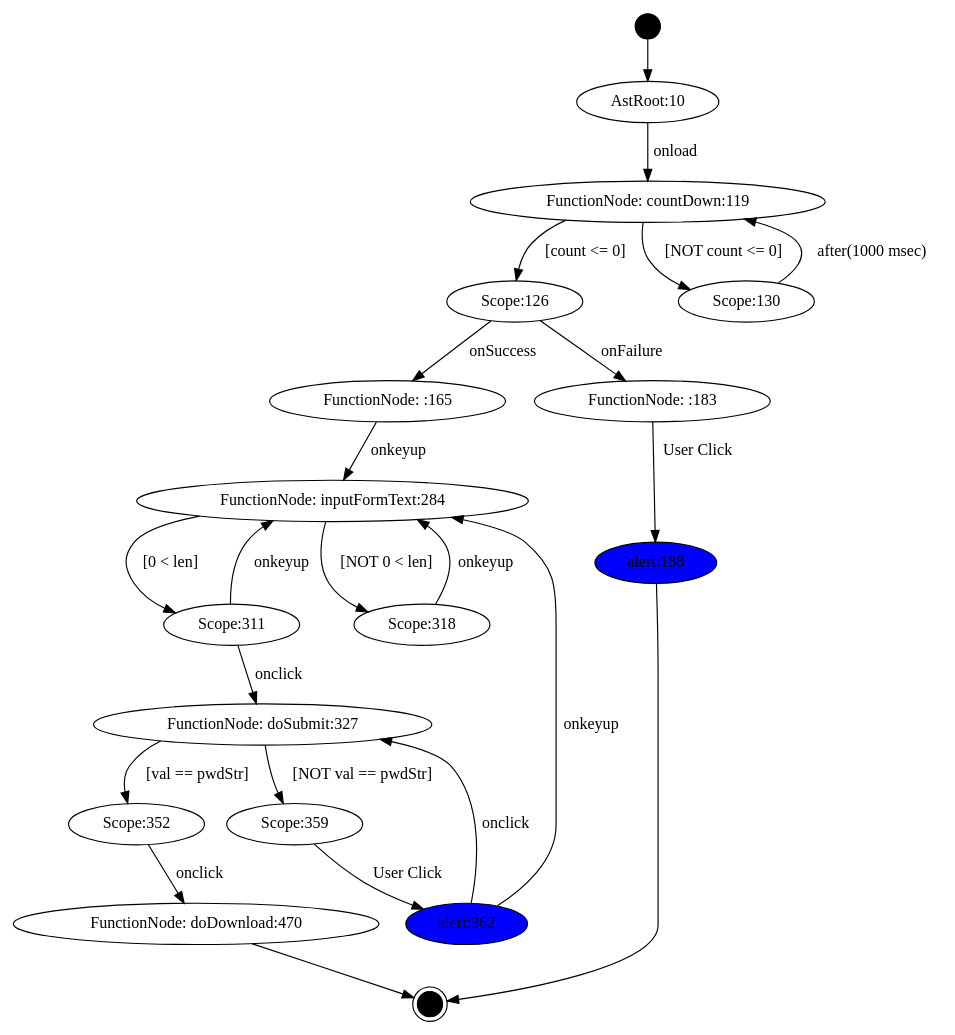
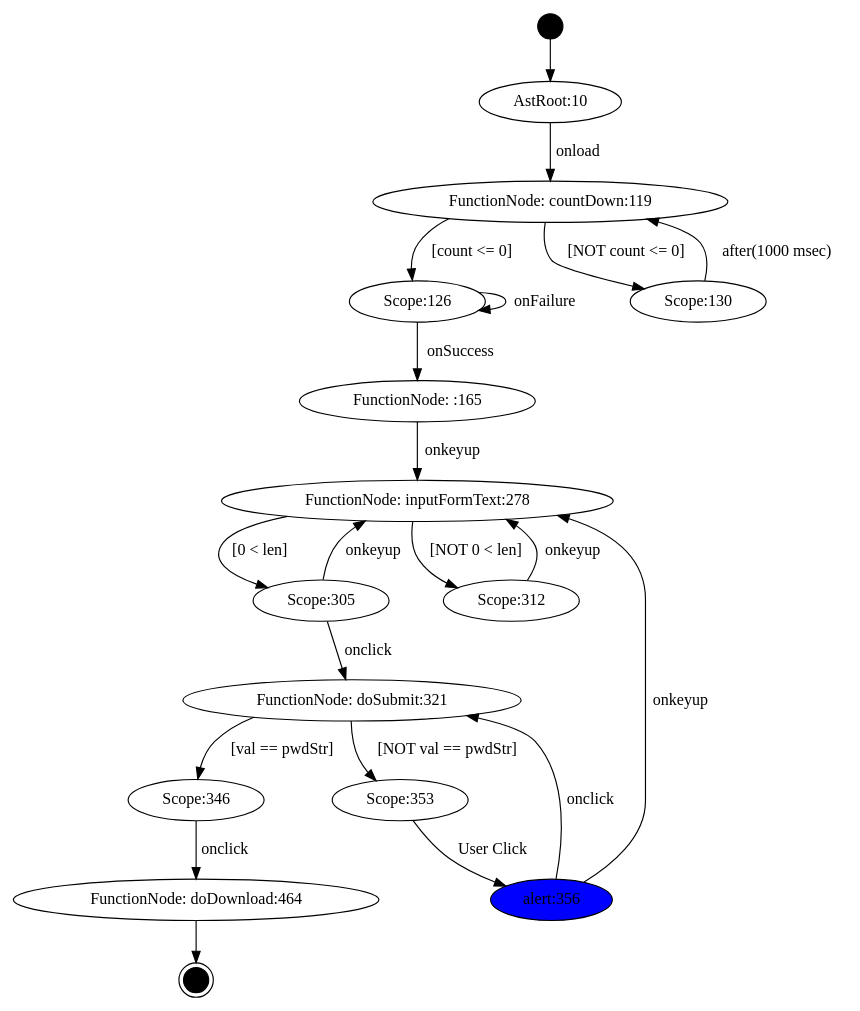
One commit to mzw/JSAnalyzer changed the diagram in projects/test2/model/fsm.dot. Above: the diagram before and after it, drawn with Graphviz. The commit also changed 29 other files, not shown here.

```diff
--- a/projects/test2/model/fsm.dot
+++ b/projects/test2/model/fsm.dot
@@ -1,41 +1,37 @@
 digraph FSM {
-JSAnalyzer_0000002025[label="",shape=circle,style=filled,color=black,fixedsize=true,width=0.3];
-JSAnalyzer_0000002027[label="",shape=doublecircle,style=filled,color=black,fixedsize=true,width=0.3];
+JSAnalyzer_0000002000[label="",shape=circle,style=filled,color=black,fixedsize=true,width=0.3];
+JSAnalyzer_0000002002[label="",shape=doublecircle,style=filled,color=black,fixedsize=true,width=0.3];
 JSAnalyzer_0000000010[label="AstRoot:10"];
 JSAnalyzer_0000000119[label="FunctionNode: countDown:119"];
 JSAnalyzer_0000000126[label="Scope:126"];
 JSAnalyzer_0000000130[label="Scope:130"];
 JSAnalyzer_0000000165[label="FunctionNode: :165"];
-JSAnalyzer_0000000183[label="FunctionNode: :183"];
-JSAnalyzer_0000000284[label="FunctionNode: inputFormText:284"];
-JSAnalyzer_0000000311[label="Scope:311"];
-JSAnalyzer_0000000318[label="Scope:318"];
-JSAnalyzer_0000000327[label="FunctionNode: doSubmit:327"];
-JSAnalyzer_0000000352[label="Scope:352"];
-JSAnalyzer_0000000359[label="Scope:359"];
-JSAnalyzer_0000000470[label="FunctionNode: doDownload:470"];
-JSAnalyzer_0000000188[label="alert:188", style="filled", fillcolor="blue"];
-JSAnalyzer_0000000362[label="alert:362", style="filled", fillcolor="blue"];
-JSAnalyzer_0000002025 -> JSAnalyzer_0000000010;
+JSAnalyzer_0000000278[label="FunctionNode: inputFormText:278"];
+JSAnalyzer_0000000305[label="Scope:305"];
+JSAnalyzer_0000000312[label="Scope:312"];
+JSAnalyzer_0000000321[label="FunctionNode: doSubmit:321"];
+JSAnalyzer_0000000346[label="Scope:346"];
+JSAnalyzer_0000000353[label="Scope:353"];
+JSAnalyzer_0000000464[label="FunctionNode: doDownload:464"];
+JSAnalyzer_0000000356[label="alert:356", style="filled", fillcolor="blue"];
+JSAnalyzer_0000002000 -> JSAnalyzer_0000000010;
 JSAnalyzer_0000000119 -> JSAnalyzer_0000000126[label="[count <= 0]"];
 JSAnalyzer_0000000119 -> JSAnalyzer_0000000130[label="[NOT count <= 0]"];
-JSAnalyzer_0000000284 -> JSAnalyzer_0000000311[label="[0 < len]"];
-JSAnalyzer_0000000284 -> JSAnalyzer_0000000318[label="[NOT 0 < len]"];
-JSAnalyzer_0000000327 -> JSAnalyzer_0000000352[label="[val == pwdStr]"];
-JSAnalyzer_0000000327 -> JSAnalyzer_0000000359[label="[NOT val == pwdStr]"];
+JSAnalyzer_0000000278 -> JSAnalyzer_0000000305[label="[0 < len]"];
+JSAnalyzer_0000000278 -> JSAnalyzer_0000000312[label="[NOT 0 < len]"];
+JSAnalyzer_0000000321 -> JSAnalyzer_0000000346[label="[val == pwdStr]"];
+JSAnalyzer_0000000321 -> JSAnalyzer_0000000353[label="[NOT val == pwdStr]"];
 JSAnalyzer_0000000010 -> JSAnalyzer_0000000119[label="onload"];
 JSAnalyzer_0000000126 -> JSAnalyzer_0000000165[label="onSuccess"];
-JSAnalyzer_0000000126 -> JSAnalyzer_0000000183[label="onFailure"];
+JSAnalyzer_0000000126 -> JSAnalyzer_0000000126[label="onFailure"];
 JSAnalyzer_0000000130 -> JSAnalyzer_0000000119[label="after(1000 msec)"];
-JSAnalyzer_0000000165 -> JSAnalyzer_0000000284[label="onkeyup"];
-JSAnalyzer_0000000183 -> JSAnalyzer_0000000188[label="User Click"];
-JSAnalyzer_0000000311 -> JSAnalyzer_0000000284[label="onkeyup"];
-JSAnalyzer_0000000311 -> JSAnalyzer_0000000327[label="onclick"];
-JSAnalyzer_0000000318 -> JSAnalyzer_0000000284[label="onkeyup"];
-JSAnalyzer_0000000352 -> JSAnalyzer_0000000470[label="onclick"];
-JSAnalyzer_0000000359 -> JSAnalyzer_0000000362[label="User Click"];
-JSAnalyzer_0000000362 -> JSAnalyzer_0000000284[label="onkeyup"];
-JSAnalyzer_0000000362 -> JSAnalyzer_0000000327[label="onclick"];
-JSAnalyzer_0000000470 -> JSAnalyzer_0000002027[label=""];
-JSAnalyzer_0000000188 -> JSAnalyzer_0000002027[label=""];
+JSAnalyzer_0000000165 -> JSAnalyzer_0000000278[label="onkeyup"];
+JSAnalyzer_0000000305 -> JSAnalyzer_0000000278[label="onkeyup"];
+JSAnalyzer_0000000305 -> JSAnalyzer_0000000321[label="onclick"];
+JSAnalyzer_0000000312 -> JSAnalyzer_0000000278[label="onkeyup"];
+JSAnalyzer_0000000346 -> JSAnalyzer_0000000464[label="onclick"];
+JSAnalyzer_0000000353 -> JSAnalyzer_0000000356[label="User Click"];
+JSAnalyzer_0000000356 -> JSAnalyzer_0000000278[label="onkeyup"];
+JSAnalyzer_0000000356 -> JSAnalyzer_0000000321[label="onclick"];
+JSAnalyzer_0000000464 -> JSAnalyzer_0000002002[label=""];
 }
```
